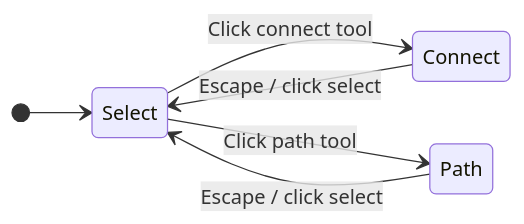
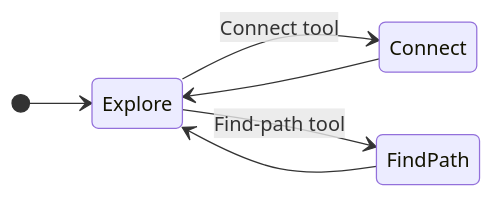
The second of 2 diagrams in apps/docs/app/flow/investigations/cases/graph/page.mdx (classifyre/classifyre), drawn with Mermaid before and after one commit. The commit also changed other lines of this file and 4 other files, not shown here.

````diff
--- a/apps/docs/app/flow/investigations/cases/graph/page.mdx
+++ b/apps/docs/app/flow/investigations/cases/graph/page.mdx
@@ -62,9 +50,9 @@
 ```mermaid
 stateDiagram-v2
     direction LR
-    [*] --> Select
-    Select --> Connect: Click connect tool
-    Select --> Path: Click path tool
-    Connect --> Select: Escape / click select
-    Path --> Select: Escape / click select
+    [*] --> Explore
+    Explore --> Connect: Connect tool
+    Explore --> FindPath: Find-path tool
+    Connect --> Explore
+    FindPath --> Explore
 ```
````
